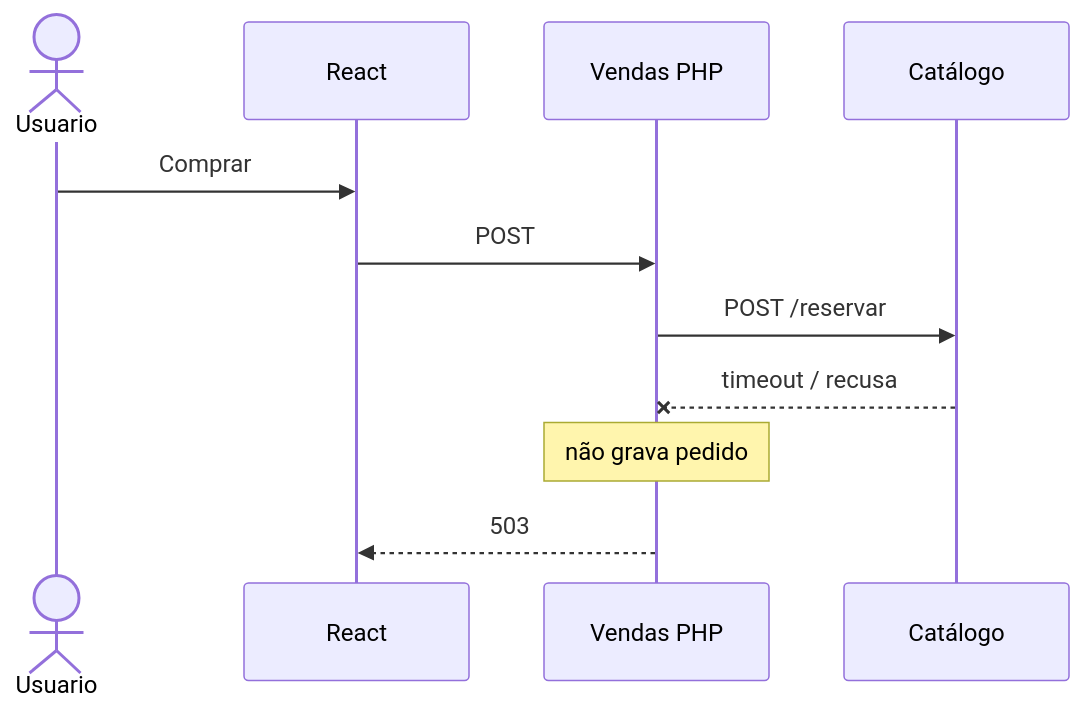
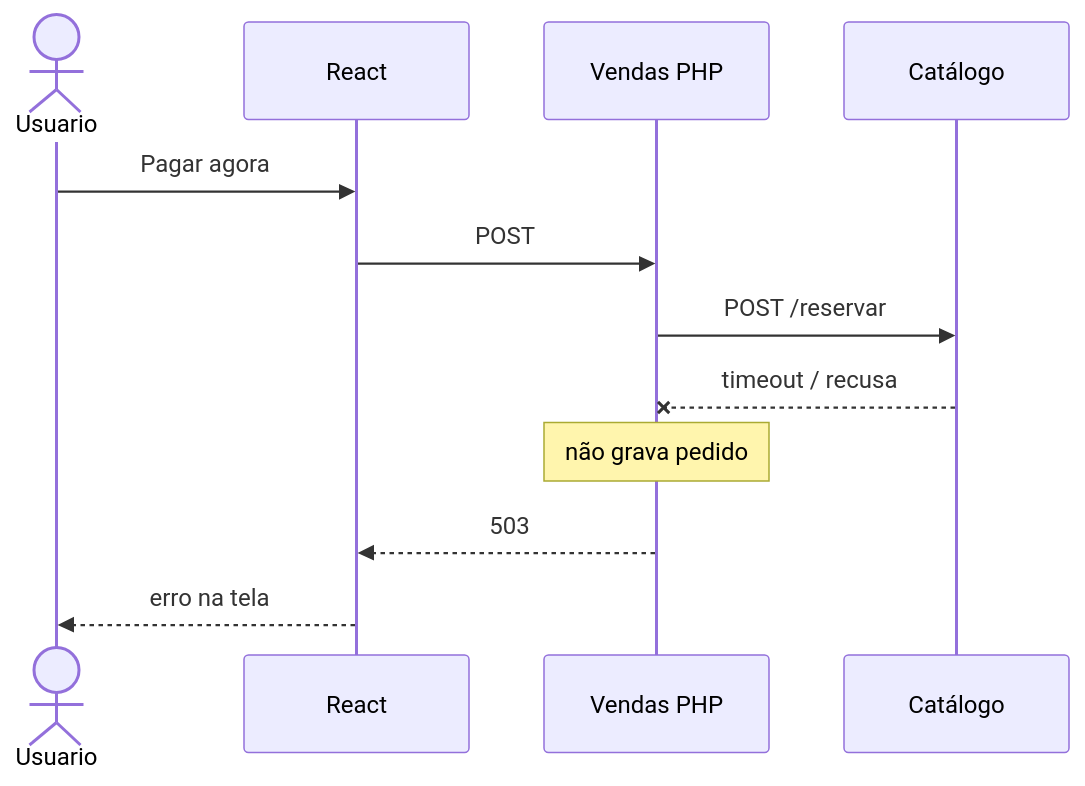
One commit to NelcinoJr/IngressoCerto changed the third of 3 diagrams in README.md. Above: the diagram before and after it, drawn with Mermaid. The commit also changed other lines of this file, not shown here.

````diff
--- a/README.md
+++ b/README.md
@@ -279,14 +115,15 @@
 ```mermaid
 sequenceDiagram
   actor Usuario
   participant React
   participant PHP as Vendas PHP
   participant Python as Catálogo
 
-  Usuario->>React: Comprar
+  Usuario->>React: Pagar agora
   React->>PHP: POST
   PHP->>Python: POST /reservar
   Python--xPHP: timeout / recusa
   Note over PHP: não grava pedido
   PHP-->>React: 503
+  React-->>Usuario: erro na tela
 ```
````
